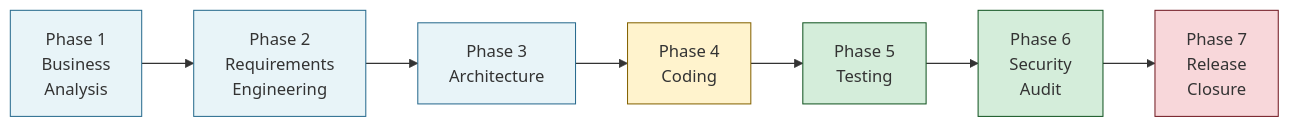
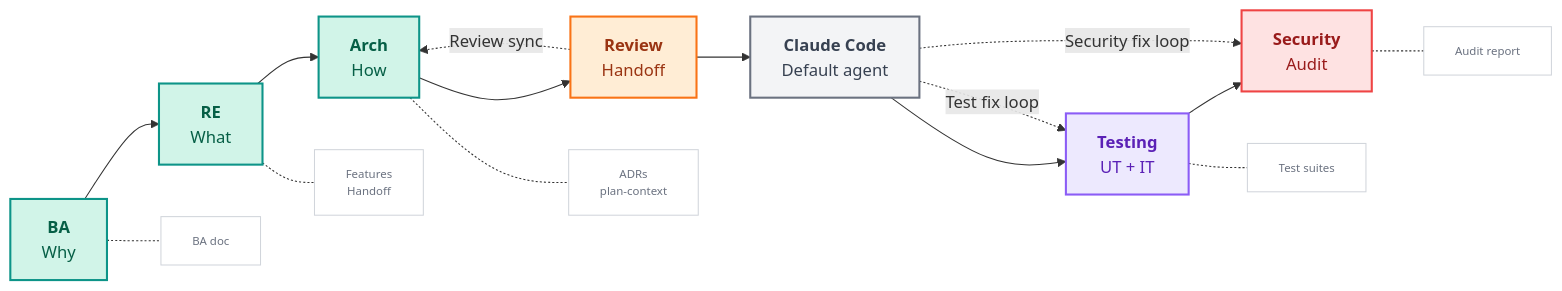
The diagram in docs/concepts/v-model.md (pssah4/digital-innovation-agents), drawn with Mermaid before and after one commit. The commit also changed other lines of this file and 2 other files, not shown here.

````diff
--- a/docs/concepts/v-model.md
+++ b/docs/concepts/v-model.md
@@ -41,19 +41,29 @@
 ```mermaid
 flowchart LR
-    BA[Phase 1<br/>Business<br/>Analysis] --> RE[Phase 2<br/>Requirements<br/>Engineering]
-    RE --> AR[Phase 3<br/>Architecture]
-    AR --> CD[Phase 4<br/>Coding]
-    CD --> TE[Phase 5<br/>Testing]
-    TE --> SA[Phase 6<br/>Security<br/>Audit]
-    SA --> RC[Phase 7<br/>Release<br/>Closure]
+    BA["<b>BA</b><br/>Why"]:::design
+    RE["<b>RE</b><br/>What"]:::design
+    AR["<b>Arch</b><br/>How"]:::design
+    RV["<b>Review</b><br/>Handoff"]:::handoff
+    CC["<b>Claude Code</b><br/>Default agent"]:::agent
+    TE["<b>Testing</b><br/>UT + IT"]:::verify
+    SA["<b>Security</b><br/>Audit"]:::secure
 
-    classDef design fill:#e8f4f8,stroke:#2a6c8f
-    classDef impl fill:#fff3cd,stroke:#856404
-    classDef verify fill:#d4edda,stroke:#155724
-    classDef closing fill:#f8d7da,stroke:#721c24
+    BA --> RE --> AR --> RV --> CC --> TE --> SA
 
-    class BA,RE,AR design
-    class CD impl
-    class TE,SA verify
-    class RC closing
+    BA -.- BAdoc["BA doc"]:::artifact
+    RE -.- feat["Features<br/>Handoff"]:::artifact
+    AR -.- adr["ADRs<br/>plan-context"]:::artifact
+    TE -.- tests["Test suites"]:::artifact
+    SA -.- audit["Audit report"]:::artifact
+
+    CC -. "Test fix loop" .-> TE
+    CC -. "Security fix loop" .-> SA
+    RV -. "Review sync" .-> AR
+
+    classDef design fill:#d1f4e8,stroke:#0d9488,stroke-width:2px,color:#065f46
+    classDef handoff fill:#ffedd5,stroke:#f97316,stroke-width:2px,color:#9a3412
+    classDef agent fill:#f3f4f6,stroke:#6b7280,stroke-width:2px,color:#374151
+    classDef verify fill:#ede9fe,stroke:#8b5cf6,stroke-width:2px,color:#5b21b6
+    classDef secure fill:#fee2e2,stroke:#ef4444,stroke-width:2px,color:#991b1b
+    classDef artifact fill:#ffffff,stroke:#d1d5db,stroke-width:1px,color:#6b7280,font-size:11px
 ```
````
